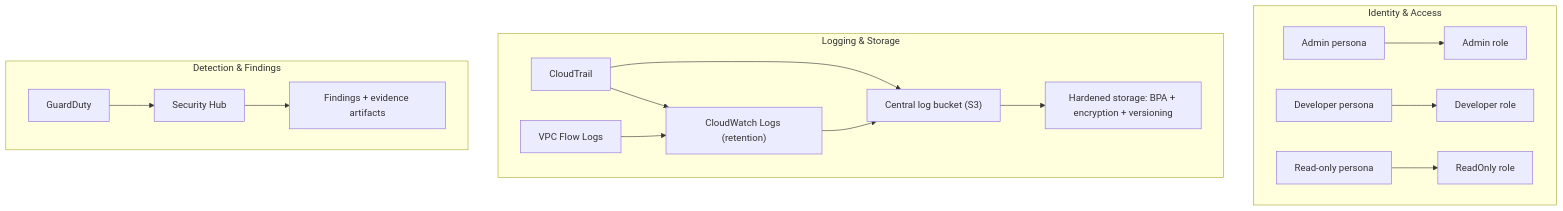
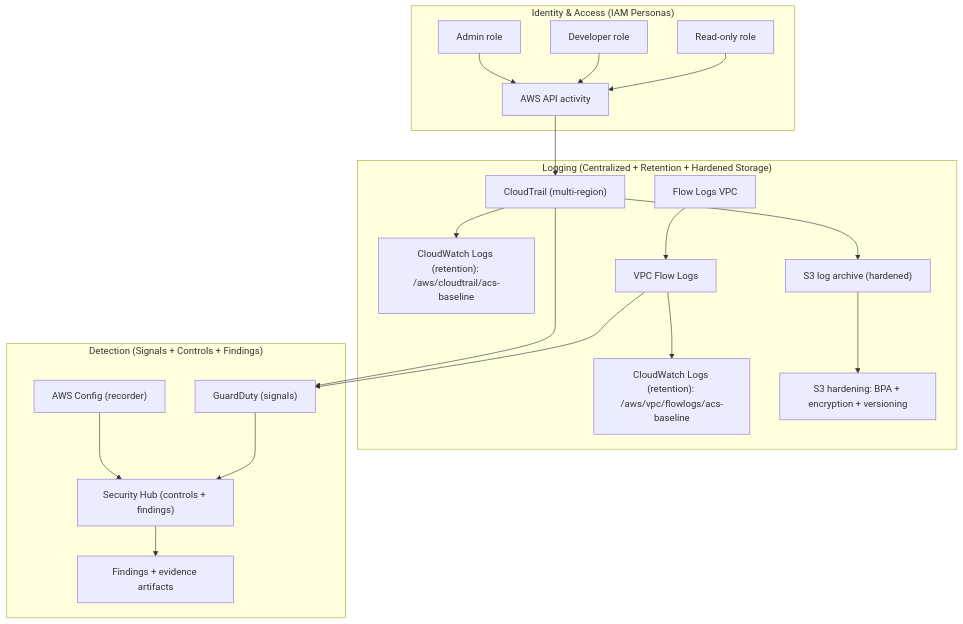
The diagram in README.md (MrRedhu/aws-cloud-security-baseline), drawn with Mermaid before and after one commit. The commit also changed other lines of this file and 21 other files, not shown here.

Commit message:
Portfolio hardening: reproducible demos, IAM gating, and S3 policy hardening

````diff
--- a/README.md
+++ b/README.md
@@ -19,21 +22,25 @@
 ```mermaid
 flowchart TB
-  subgraph Identity["Identity & Access"]
-    Admin["Admin persona"] --> AR["Admin role"]
-    Dev["Developer persona"] --> DR["Developer role"]
-    RO["Read-only persona"] --> RR["ReadOnly role"]
+  subgraph Identity["Identity & Access (IAM Personas)"]
+    Admin["Admin role"] --> API["AWS API activity"]
+    Dev["Developer role"] --> API
+    RO["Read-only role"] --> API
   end
 
-  subgraph Logging["Logging & Storage"]
-    CT["CloudTrail"] --> CWL["CloudWatch Logs (retention)"]
-    VPC["VPC Flow Logs"] --> CWL
-    CT --> S3["Central log bucket (S3)"]
-    CWL --> S3
-    S3 --> Hardened["Hardened storage: BPA + encryption + versioning"]
+  subgraph Logging["Logging (Centralized + Retention + Hardened Storage)"]
+    API --> CT["CloudTrail (multi-region)"]
+    CT --> CTLG["CloudWatch Logs (retention): /aws/cloudtrail/acs-baseline"]
+    CT --> S3["S3 log archive (hardened)"]
+    VPC["Flow Logs VPC"] --> FL["VPC Flow Logs"]
+    FL --> FLLG["CloudWatch Logs (retention): /aws/vpc/flowlogs/acs-baseline"]
+    S3 --> Hardened["S3 hardening: BPA + encryption + versioning"]
   end
 
-  subgraph Detection["Detection & Findings"]
-    GD["GuardDuty"] --> SH["Security Hub"]
+  subgraph Detection["Detection (Signals + Controls + Findings)"]
+    CT --> GD["GuardDuty (signals)"]
+    FL --> GD
+    CFG["AWS Config (recorder)"] --> SH["Security Hub (controls + findings)"]
+    GD --> SH
     SH --> Findings["Findings + evidence artifacts"]
   end
 ```
````
